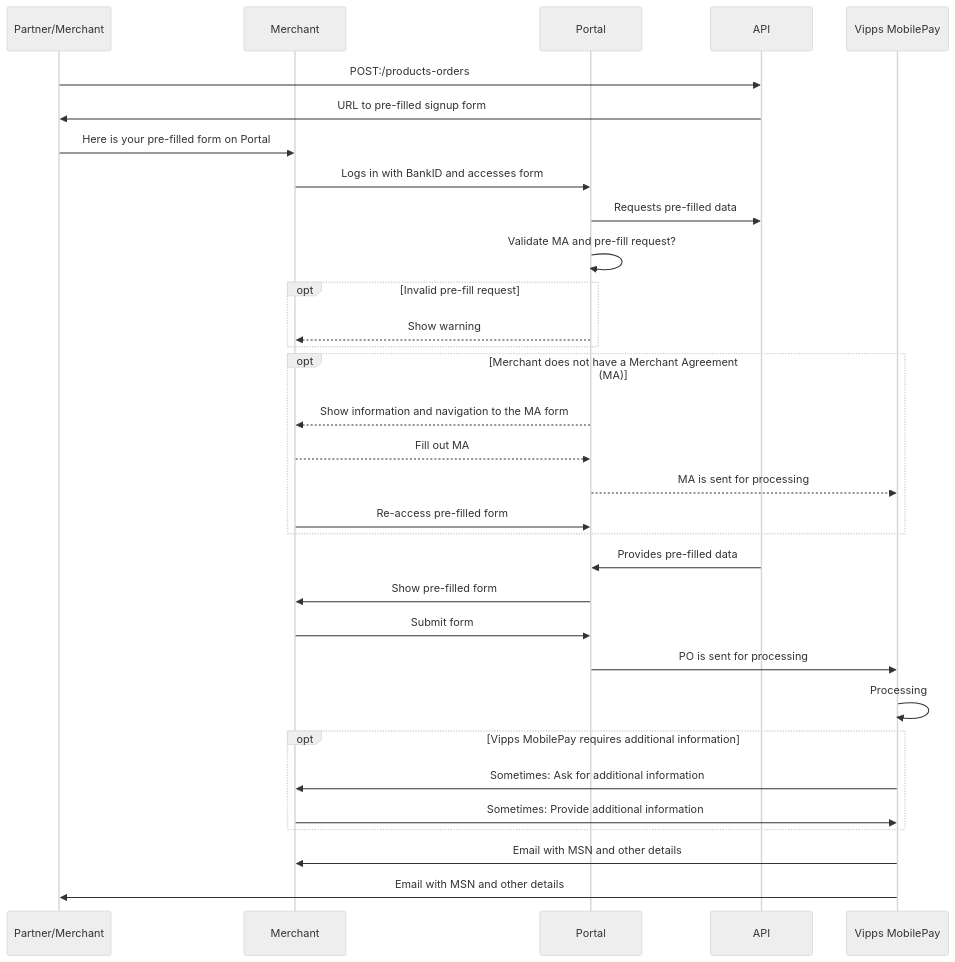
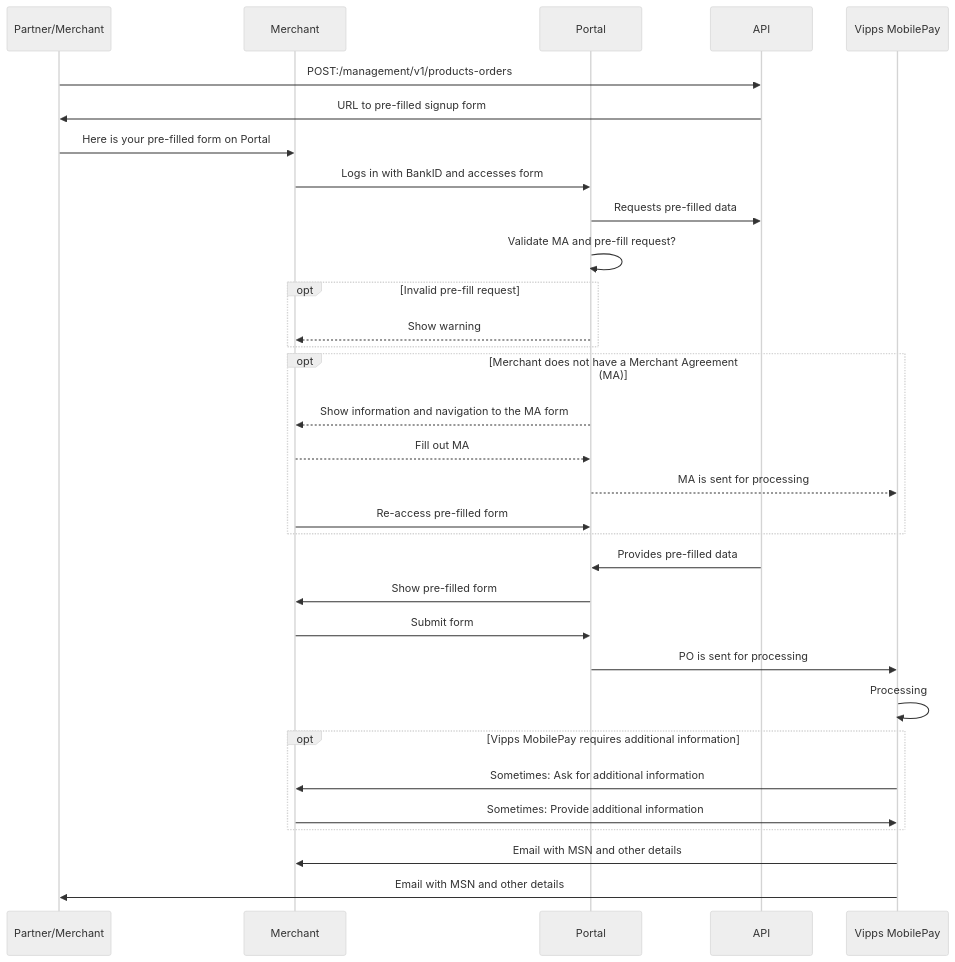
One commit to vippsas/management-api changed the diagram in management-api-guide.md. Above: the diagram before and after it, drawn with Mermaid (neutral theme). The commit also changed other lines of this file and 1 other file, not shown here.

````diff
--- a/management-api-guide.md
+++ b/management-api-guide.md
@@ -465,34 +465,34 @@
 ```mermaid
 sequenceDiagram
     participant PM as Partner/Merchant
     participant Merchant
     participant Portal
     participant API
     participant VMP as Vipps MobilePay
-    PM->>API: POST:/products-orders
+    PM->>API: POST:/management/v1/products-orders
     API->>PM: URL to pre-filled signup form
     PM->>Merchant: Here is your pre-filled form on Portal
     Merchant->>Portal: Logs in with BankID and accesses form
     Portal->>API: Requests pre-filled data
     Portal->>Portal: Validate MA and pre-fill request?
     opt Invalid pre-fill request
         Portal-->>Merchant: Show warning
     end
     opt Merchant does not have a Merchant Agreement (MA)
         Portal-->>Merchant: Show information and navigation to the MA form
         Merchant-->>Portal: Fill out MA
         Portal-->>VMP: MA is sent for processing
         Merchant->>Portal: Re-access pre-filled form
     end
     API->>Portal: Provides pre-filled data
     Portal->>Merchant: Show pre-filled form
     Merchant->>Portal: Submit form
     Portal->>VMP: PO is sent for processing
     VMP->>VMP: Processing
     opt Vipps MobilePay requires additional information
         VMP->>Merchant: Sometimes: Ask for additional information
         Merchant->>VMP: Sometimes: Provide additional information
     end
     VMP->>Merchant: Email with MSN and other details
     VMP->>PM: Email with MSN and other details
 ```
````
